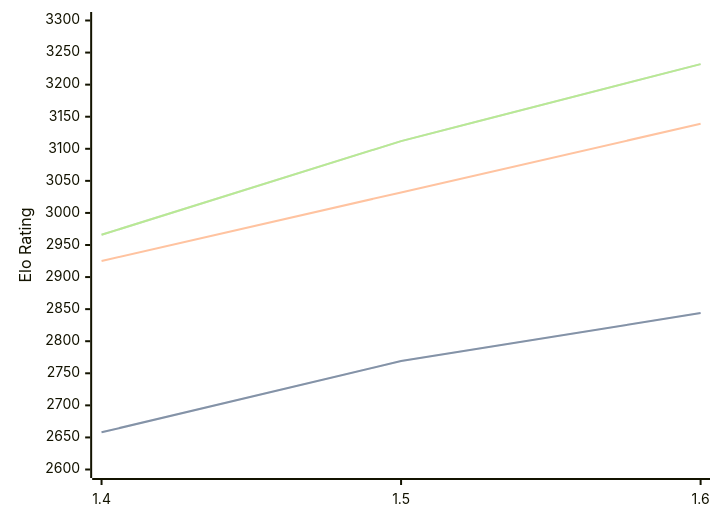
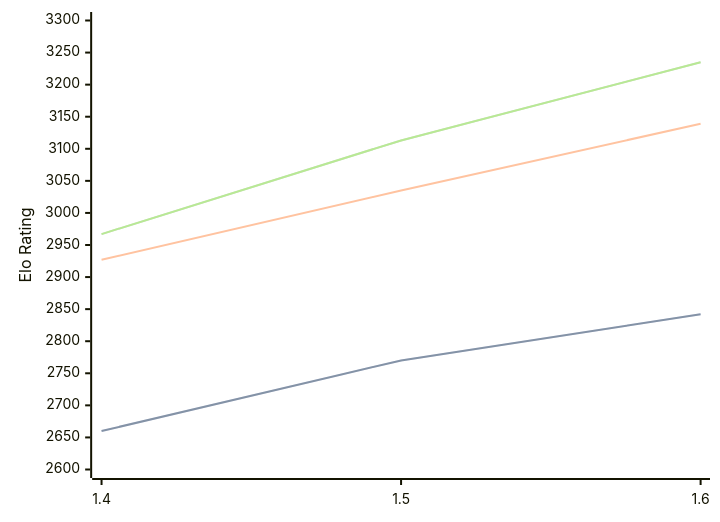
The diagram in engines/Yakka.md (computer-chess-index/cci), drawn with Mermaid before and after one commit. The commit also changed other lines of this file, not shown here.

Commit message:
Update CCI Ratings (ELO VLTC) - 2026-10-09

````diff
--- a/engines/Yakka.md
+++ b/engines/Yakka.md
@@ -33,11 +33,11 @@
 ```mermaid
 %%{init: {"theme":"base","themeVariables":{"seriesColors:['#a3a3a3','#222221','#faa371']}}}%%
 xychart-beta
   x-axis ["1.4", "1.5", "1.6"]
   y-axis "Elo Rating" 2600 --> 3300
-  line "" [2658, 2769, 2844]
-  line "STC (8.0+0.08s)" [2658, 2769, 2844]
-  line "LTC (60.0+0.60s)" [2925, 3032, 3139]
-  line "" [2966, 3112, 3232]
-  line "VLTC (2m24s+1.12s)" [2966, 3112, 3232]
+  line "" [2660, 2770, 2842]
+  line "STC (8.0+0.08s)" [2660, 2770, 2842]
+  line "LTC (60.0+0.60s)" [2927, 3035, 3139]
+  line "" [2967, 3113, 3235]
+  line "VLTC (2m24s+1.12s)" [2967, 3113, 3235]
 ```
````
